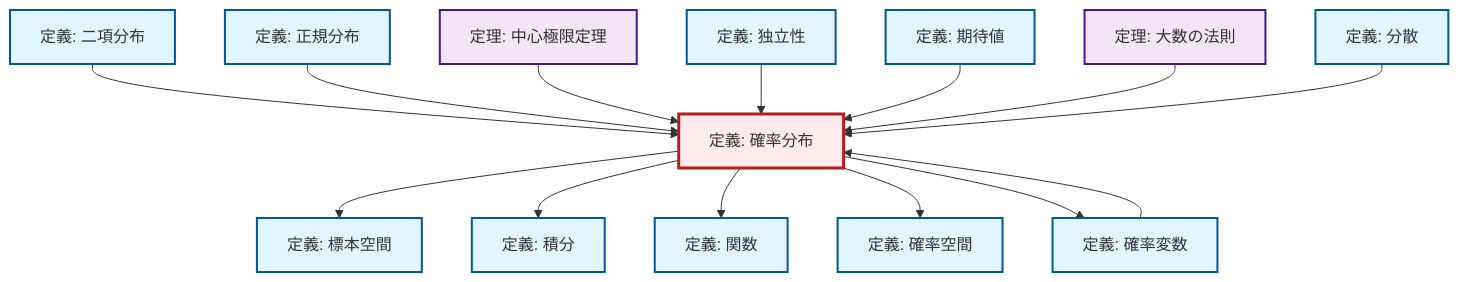
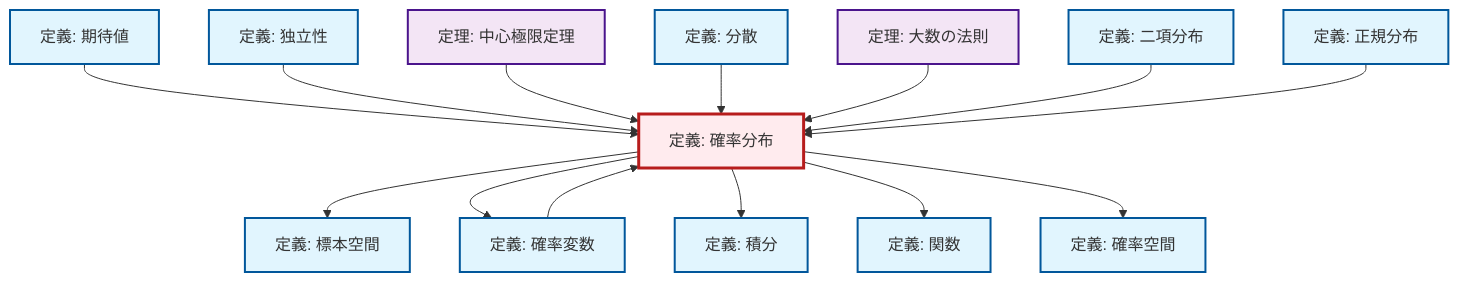
The diagram in content/ja/probability-statistics/def-probability-distribution.qmd (RK0429/ModernMath), drawn with Mermaid before and after one commit. The commit also changed 672 other files, not shown here.

````diff
--- a/content/ja/probability-statistics/def-probability-distribution.qmd
+++ b/content/ja/probability-statistics/def-probability-distribution.qmd
@@ -100,48 +100,48 @@
 ```{mermaid}
-%%| fig-cap: "Local dependency graph"
+%%| fig-cap: "ローカル依存関係グラフ"
 graph TD
     classDef definition fill:#e1f5fe,stroke:#01579b,stroke-width:2px
     classDef theorem fill:#f3e5f5,stroke:#4a148c,stroke-width:2px
     classDef axiom fill:#fff3e0,stroke:#e65100,stroke-width:2px
     classDef example fill:#e8f5e9,stroke:#1b5e20,stroke-width:2px
     classDef current fill:#ffebee,stroke:#b71c1c,stroke-width:3px
-    def-probability-distribution["定義: 確率分布"]:::definition
-    def-expectation["定義: 期待値"]:::definition
-    thm-central-limit["定理: 中心極限定理"]:::theorem
-    def-random-variable["定義: 確率変数"]:::definition
-    def-binomial-distribution["定義: 二項分布"]:::definition
-    def-independence["定義: 独立性"]:::definition
-    def-function["定義: 関数"]:::definition
-    def-sample-space["定義: 標本空間"]:::definition
-    def-integral["定義: 積分"]:::definition
-    thm-law-of-large-numbers["定理: 大数の法則"]:::theorem
     def-normal-distribution["定義: 正規分布"]:::definition
     def-probability-space["定義: 確率空間"]:::definition
+    def-binomial-distribution["定義: 二項分布"]:::definition
+    thm-law-of-large-numbers["定理: 大数の法則"]:::theorem
+    def-independence["定義: 独立性"]:::definition
+    def-expectation["定義: 期待値"]:::definition
+    def-function["定義: 関数"]:::definition
+    def-probability-distribution["定義: 確率分布"]:::definition
+    def-sample-space["定義: 標本空間"]:::definition
+    thm-central-limit["定理: 中心極限定理"]:::theorem
     def-variance["定義: 分散"]:::definition
+    def-random-variable["定義: 確率変数"]:::definition
+    def-integral["定義: 積分"]:::definition
     def-probability-distribution --> def-sample-space
+    def-expectation --> def-probability-distribution
+    def-independence --> def-probability-distribution
+    def-probability-distribution --> def-random-variable
+    thm-central-limit --> def-probability-distribution
+    def-variance --> def-probability-distribution
+    def-probability-distribution --> def-integral
+    thm-law-of-large-numbers --> def-probability-distribution
     def-random-variable --> def-probability-distribution
     def-binomial-distribution --> def-probability-distribution
-    def-probability-distribution --> def-integral
+    def-probability-distribution --> def-function
     def-normal-distribution --> def-probability-distribution
-    thm-central-limit --> def-probability-distribution
-    def-independence --> def-probability-distribution
-    def-expectation --> def-probability-distribution
-    def-probability-distribution --> def-function
     def-probability-distribution --> def-probability-space
-    def-probability-distribution --> def-random-variable
-    thm-law-of-large-numbers --> def-probability-distribution
-    def-variance --> def-probability-distribution
     class def-probability-distribution current
+    click def-normal-distribution "def-normal-distribution.html" "正規分布の定義へ"
+    click def-probability-space "def-probability-space.html" "確率空間の定義へ"
+    click def-binomial-distribution "def-binomial-distribution.html" "二項分布の定義へ"
+    click thm-law-of-large-numbers "thm-law-of-large-numbers.html" "大数の法則の定理へ"
+    click def-independence "def-independence.html" "独立性の定義へ"
     click def-expectation "def-expectation.html" "期待値の定義へ"
-    click thm-central-limit "thm-central-limit.html" "中心極限定理の定理へ"
-    click def-random-variable "def-random-variable.html" "確率変数の定義へ"
-    click def-binomial-distribution "def-binomial-distribution.html" "二項分布の定義へ"
-    click def-independence "def-independence.html" "独立性の定義へ"
     click def-function "def-function.html" "関数の定義へ"
     click def-sample-space "def-sample-space.html" "標本空間の定義へ"
+    click thm-central-limit "thm-central-limit.html" "中心極限定理の定理へ"
+    click def-variance "def-variance.html" "分散の定義へ"
+    click def-random-variable "def-random-variable.html" "確率変数の定義へ"
     click def-integral "def-integral.html" "積分の定義へ"
-    click thm-law-of-large-numbers "thm-law-of-large-numbers.html" "大数の法則の定理へ"
-    click def-normal-distribution "def-normal-distribution.html" "正規分布の定義へ"
-    click def-probability-space "def-probability-space.html" "確率空間の定義へ"
-    click def-variance "def-variance.html" "分散の定義へ"
 ```
````
